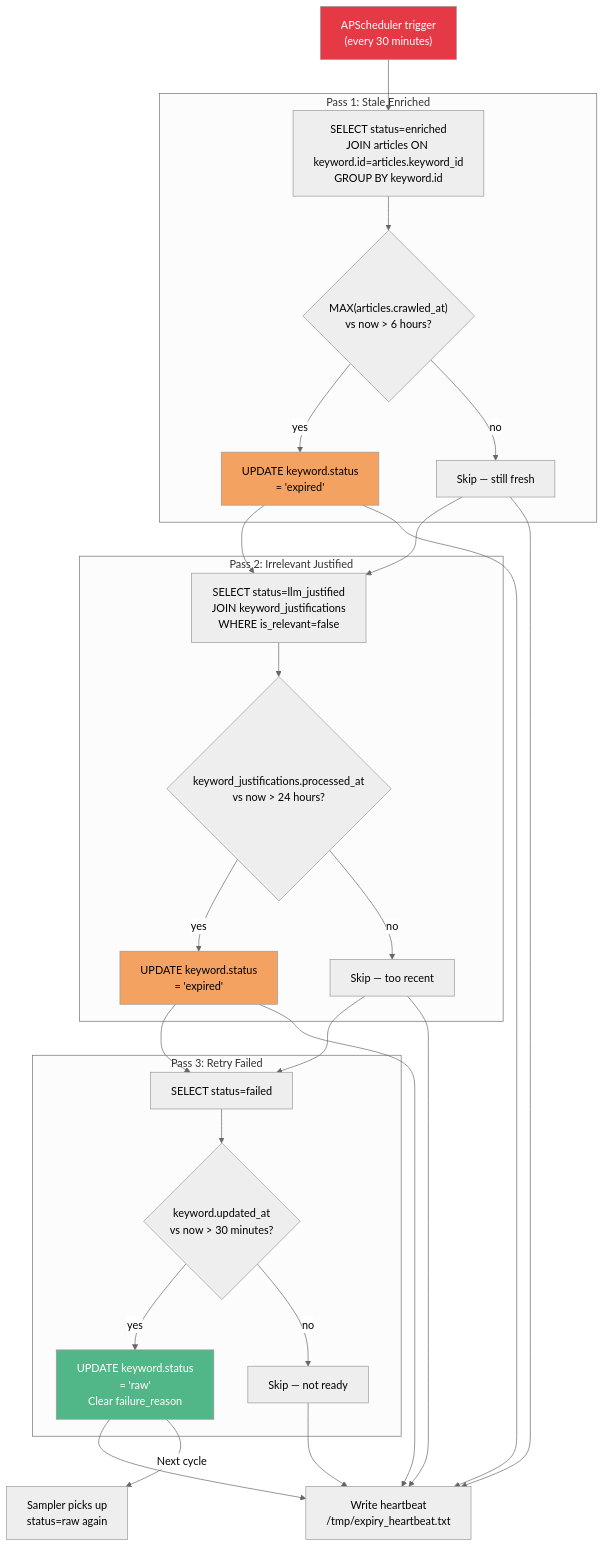
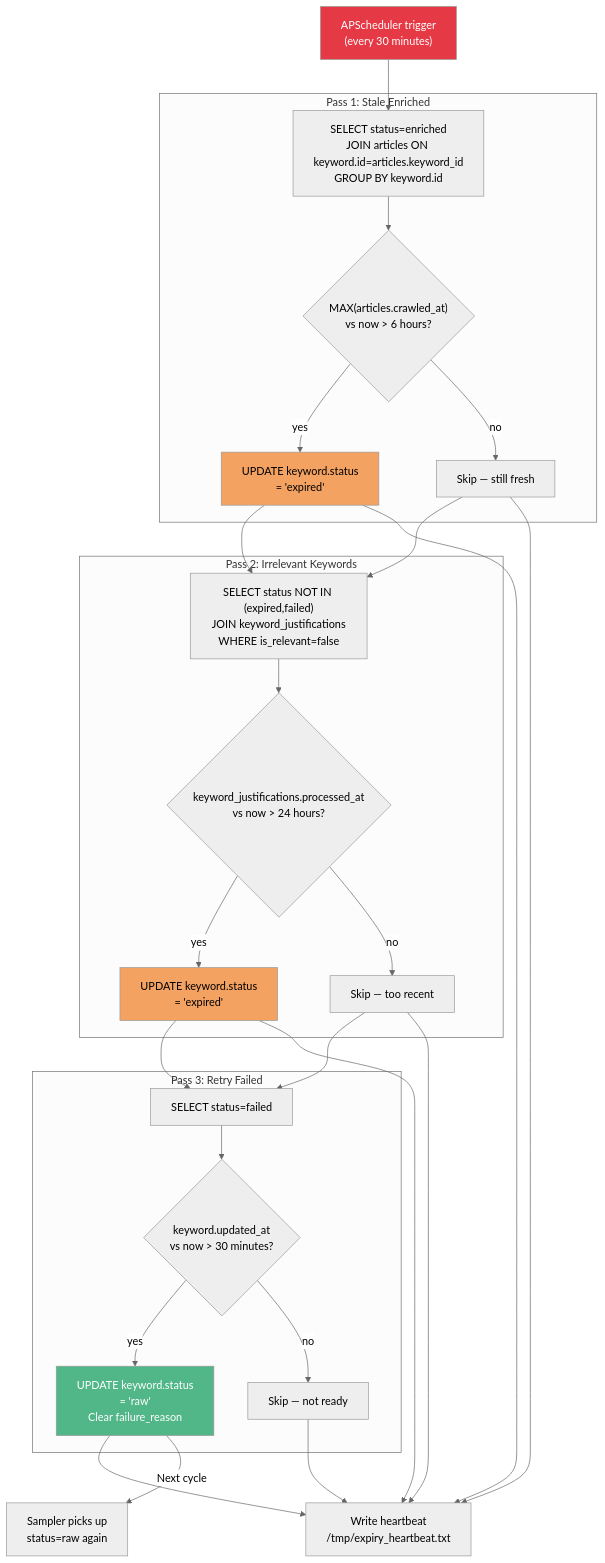
The eighth of 11 diagrams in docs/architecture_diagrams.md (danarfthr/aitf-keyword-scraper), drawn with Mermaid (neutral theme) before and after one commit. The commit also changed other lines of this file and 1 other file, not shown here.

First line of the commit message:
docs: update architecture docs for merged LLM processor

````diff
--- a/docs/architecture_diagrams.md
+++ b/docs/architecture_diagrams.md
@@ -363,45 +335,45 @@
 ```mermaid
 graph TD
     START["APScheduler trigger\n(every 30 minutes)"]
 
     subgraph "Pass 1: Stale Enriched"
         P1["SELECT status=enriched\nJOIN articles ON keyword.id=articles.keyword_id\nGROUP BY keyword.id"]
         P1 --> P1_CHECK{"MAX(articles.crawled_at)\nvs now > 6 hours?"}
         P1_CHECK -->|yes| P1_EXP["UPDATE keyword.status\n= 'expired'"]
         P1_CHECK -->|no| P1_SKIP["Skip — still fresh"]
     end
 
-    subgraph "Pass 2: Irrelevant Justified"
-        P2["SELECT status=llm_justified\nJOIN keyword_justifications\nWHERE is_relevant=false"]
+    subgraph "Pass 2: Irrelevant Keywords"
+        P2["SELECT status NOT IN (expired,failed)\nJOIN keyword_justifications\nWHERE is_relevant=false"]
         P2 --> P2_CHECK{"keyword_justifications.processed_at\nvs now > 24 hours?"}
         P2_CHECK -->|yes| P2_EXP["UPDATE keyword.status\n= 'expired'"]
         P2_CHECK -->|no| P2_SKIP["Skip — too recent"]
     end
 
     subgraph "Pass 3: Retry Failed"
         P3["SELECT status=failed"]
         P3 --> P3_CHECK{"keyword.updated_at\nvs now > 30 minutes?"}
         P3_CHECK -->|yes| P3_RETRY["UPDATE keyword.status\n= 'raw'\nClear failure_reason"]
         P3_CHECK -->|no| P3_SKIP["Skip — not ready"]
     end
 
     START --> P1
     P1_SKIP --> P2
     P1_EXP --> P2
     P2_SKIP --> P3
     P2_EXP --> P3
 
     P1_EXP --> FINISH["Write heartbeat\n/tmp/expiry_heartbeat.txt"]
     P1_SKIP --> FINISH
     P2_EXP --> FINISH
     P2_SKIP --> FINISH
     P3_RETRY --> FINISH
     P3_SKIP --> FINISH
 
     P3_RETRY -->|"Next cycle"| P3b["Sampler picks up\nstatus=raw again"]
 
     style START fill:#e63946,color:#fff
     style P1_EXP fill:#f4a261,color:#000
     style P2_EXP fill:#f4a261,color:#000
     style P3_RETRY fill:#52b788,color:#fff
 ```
````
